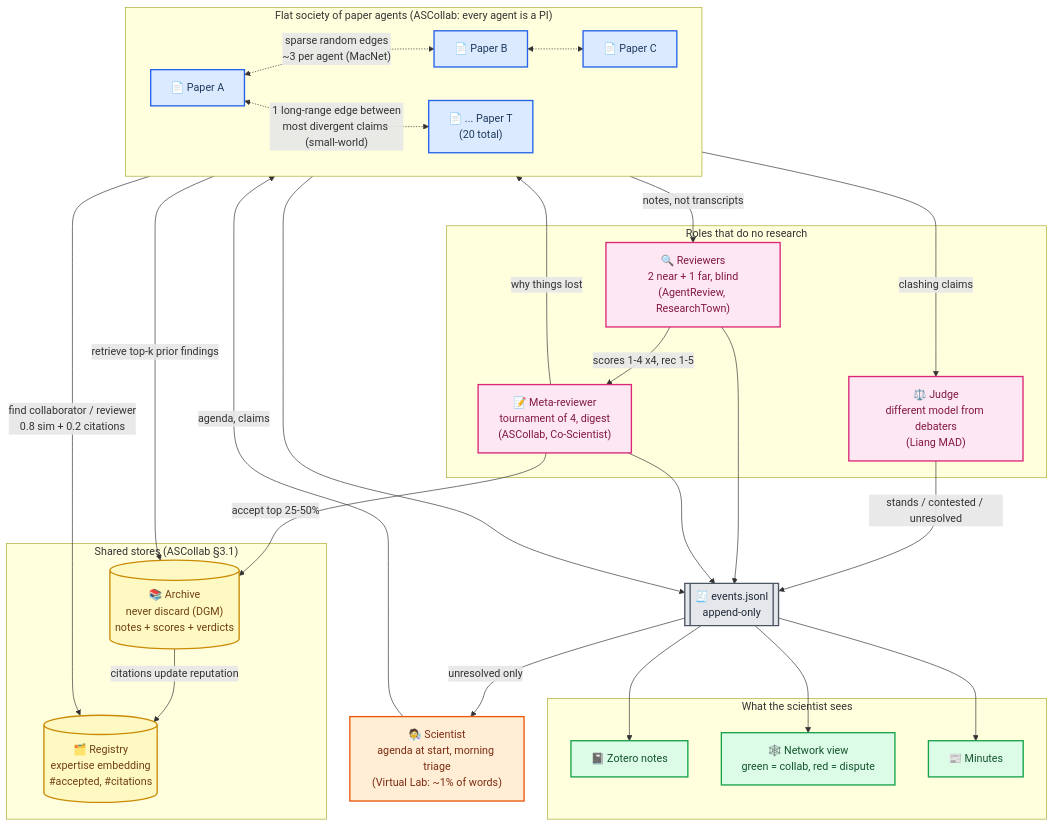
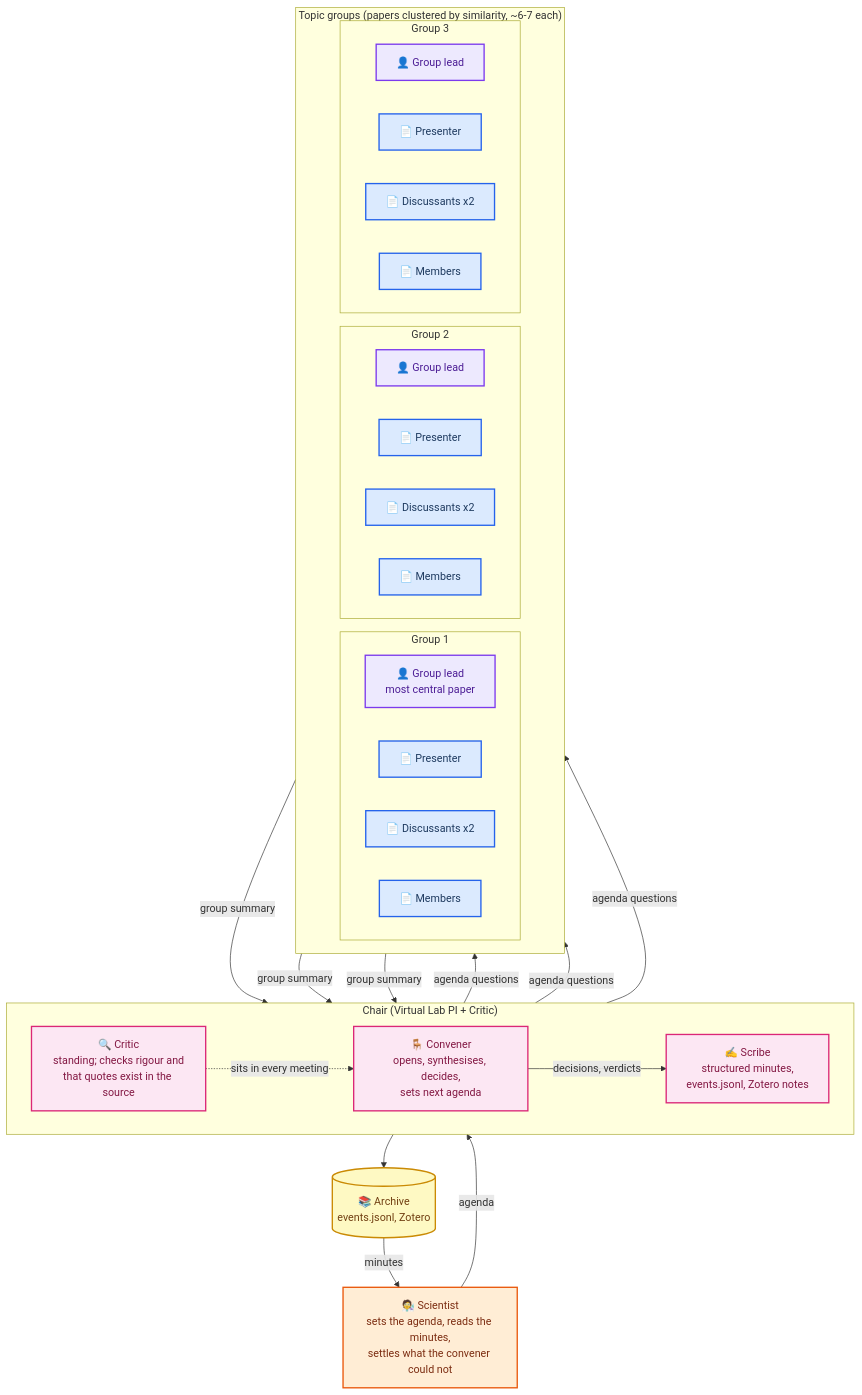
One commit to jackysiupuichung/temp changed the first of 3 diagrams in research/review/organisation_diagram.md. Above: the diagram before and after it, drawn with Mermaid. The commit also changed other lines of this file and 1 other file, not shown here.

First line of the commit message:
Redesign organisation as a hierarchical journal club

````diff
--- a/research/review/organisation_diagram.md
+++ b/research/review/organisation_diagram.md
@@ -7,69 +7,62 @@
 ```mermaid
 flowchart TB
-    accTitle: Library Journal Club organisation structure
-    accDescr: Twenty paper agents sit on a flat network. Two shared stores, a registry and an archive, mediate who finds whom. Three privileged roles that do no research: reviewers drawn from the agents, a judge on a different model, and a meta-reviewer. The human sets the agenda and triages unresolved disputes. Everything is written to one event log that feeds Zotero, the network view and the minutes.
+    accTitle: Journal club hierarchy
+    accDescr: The scientist sets the agenda. A convener agent chairs the club with a standing critic and a scribe. Papers are clustered into three topic groups, each with a group lead. Within a group, one paper presents and two discuss. The scribe writes everything to the event log, Zotero and the minutes.
 
-    human["🧑‍🔬 Scientist<br/>agenda at start, morning triage<br/>(Virtual Lab: ~1% of words)"]
+    scientist["🧑‍🔬 Scientist<br/>sets the agenda, reads the minutes,<br/>settles what the convener could not"]
 
-    subgraph society["Flat society of paper agents (ASCollab: every agent is a PI)"]
+    subgraph chair["Chair (Virtual Lab PI + Critic)"]
         direction LR
-        paper_a["📄 Paper A"]
-        paper_b["📄 Paper B"]
-        paper_c["📄 Paper C"]
-        paper_n["📄 ... Paper T<br/>(20 total)"]
-        paper_a <-. "sparse random edges<br/>~3 per agent (MacNet)" .-> paper_b
-        paper_b <-.-> paper_c
-        paper_a <-. "1 long-range edge between<br/>most divergent claims (small-world)" .-> paper_n
+        convener["🪑 Convener<br/>opens, synthesises, decides,<br/>sets next agenda"]
+        critic["🔍 Critic<br/>standing; checks rigour and<br/>that quotes exist in the source"]
+        scribe["✍️ Scribe<br/>structured minutes,<br/>events.jsonl, Zotero notes"]
     end
 
-    subgraph stores["Shared stores (ASCollab §3.1)"]
-        registry[("🗂️ Registry<br/>expertise embedding<br/>#accepted, #citations")]
-        archive[("📚 Archive<br/>never discard (DGM)<br/>notes + scores + verdicts")]
+    subgraph groups["Topic groups (papers clustered by similarity, ~6-7 each)"]
+        direction LR
+        subgraph g1["Group 1"]
+            lead1["👤 Group lead<br/>most central paper"]
+            pres1["📄 Presenter"]
+            disc1["📄 Discussants x2"]
+            mem1["📄 Members"]
+        end
+        subgraph g2["Group 2"]
+            lead2["👤 Group lead"]
+            pres2["📄 Presenter"]
+            disc2["📄 Discussants x2"]
+            mem2["📄 Members"]
+        end
+        subgraph g3["Group 3"]
+            lead3["👤 Group lead"]
+            pres3["📄 Presenter"]
+            disc3["📄 Discussants x2"]
+            mem3["📄 Members"]
+        end
     end
 
-    subgraph privileged["Roles that do no research"]
-        reviewers["🔍 Reviewers<br/>2 near + 1 far, blind<br/>(AgentReview, ResearchTown)"]
-        judge["⚖️ Judge<br/>different model from debaters<br/>(Liang MAD)"]
-        meta["📝 Meta-reviewer<br/>tournament of 4, digest<br/>(ASCollab, Co-Scientist)"]
-    end
+    archive[("📚 Archive<br/>events.jsonl, Zotero")]
 
-    events[["🧾 events.jsonl<br/>append-only"]]
+    scientist -- agenda --> convener
+    convener -- "agenda questions" --> lead1
+    convener -- "agenda questions" --> lead2
+    convener -- "agenda questions" --> lead3
+    lead1 -- "group summary" --> convener
+    lead2 -- "group summary" --> convener
+    lead3 -- "group summary" --> convener
+    critic -. "sits in every meeting" .-> convener
+    convener -- "decisions, verdicts" --> scribe
+    scribe --> archive
+    archive -- minutes --> scientist
 
-    subgraph outputs["What the scientist sees"]
-        zotero["📓 Zotero notes"]
-        network["🕸️ Network view<br/>green = collab, red = dispute"]
-        minutes["📰 Minutes"]
-    end
+    classDef person fill:#ffedd5,stroke:#ea580c,stroke-width:2px,color:#7c2d12
+    classDef chairrole fill:#fce7f3,stroke:#db2777,stroke-width:2px,color:#831843
+    classDef leadrole fill:#ede9fe,stroke:#7c3aed,stroke-width:2px,color:#4c1d95
+    classDef paper fill:#dbeafe,stroke:#2563eb,stroke-width:2px,color:#1e3a5f
+    classDef store fill:#fef9c3,stroke:#ca8a04,stroke-width:2px,color:#713f12
 
-    human -- "agenda, claims" --> society
-    society -- "find collaborator / reviewer<br/>0.8 sim + 0.2 citations" --> registry
-    society -- "retrieve top-k prior findings" --> archive
-    society -- "notes, not transcripts" --> reviewers
-    reviewers -- "scores 1-4 x4, rec 1-5" --> meta
-    society -- "clashing claims" --> judge
-    judge -- "stands / contested / unresolved" --> events
-    meta -- "accept top 25-50%" --> archive
-    meta -- "why things lost" --> society
-    archive -- "citations update reputation" --> registry
-    reviewers --> events
-    meta --> events
-    society --> events
-    events --> zotero
-    events --> network
-    events --> minutes
-    events -- "unresolved only" --> human
-
-    classDef agent fill:#dbeafe,stroke:#2563eb,stroke-width:2px,color:#1e3a5f
-    classDef store fill:#fef9c3,stroke:#ca8a04,stroke-width:2px,color:#713f12
-    classDef role fill:#fce7f3,stroke:#db2777,stroke-width:2px,color:#831843
-    classDef log fill:#e5e7eb,stroke:#4b5563,stroke-width:2px,color:#1f2937
-    classDef out fill:#dcfce7,stroke:#16a34a,stroke-width:2px,color:#14532d
-    classDef person fill:#ffedd5,stroke:#ea580c,stroke-width:2px,color:#7c2d12
-
-    class paper_a,paper_b,paper_c,paper_n agent
-    class registry,archive store
-    class reviewers,judge,meta role
-    class events log
-    class zotero,network,minutes out
-    class human person
+    class scientist person
+    class convener,critic,scribe chairrole
+    class lead1,lead2,lead3 leadrole
+    class pres1,disc1,mem1,pres2,disc2,mem2,pres3,disc3,mem3 paper
+    class archive store
 ```
````
